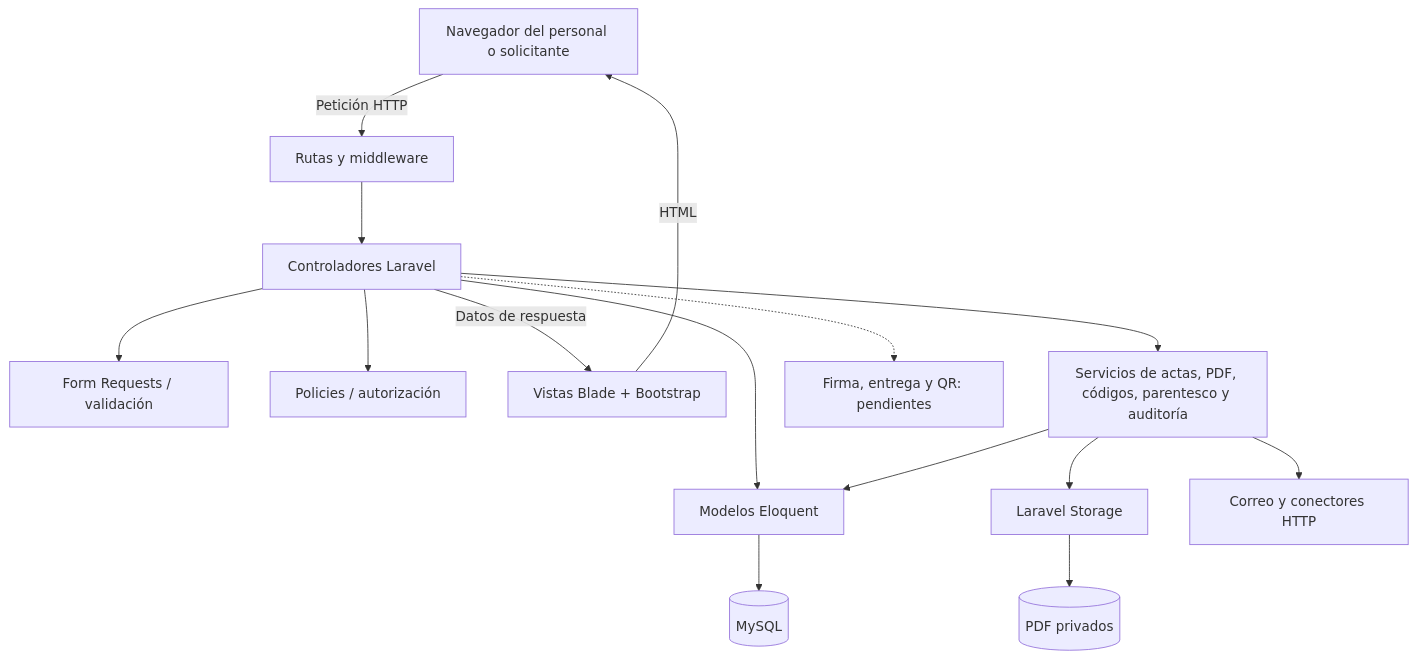
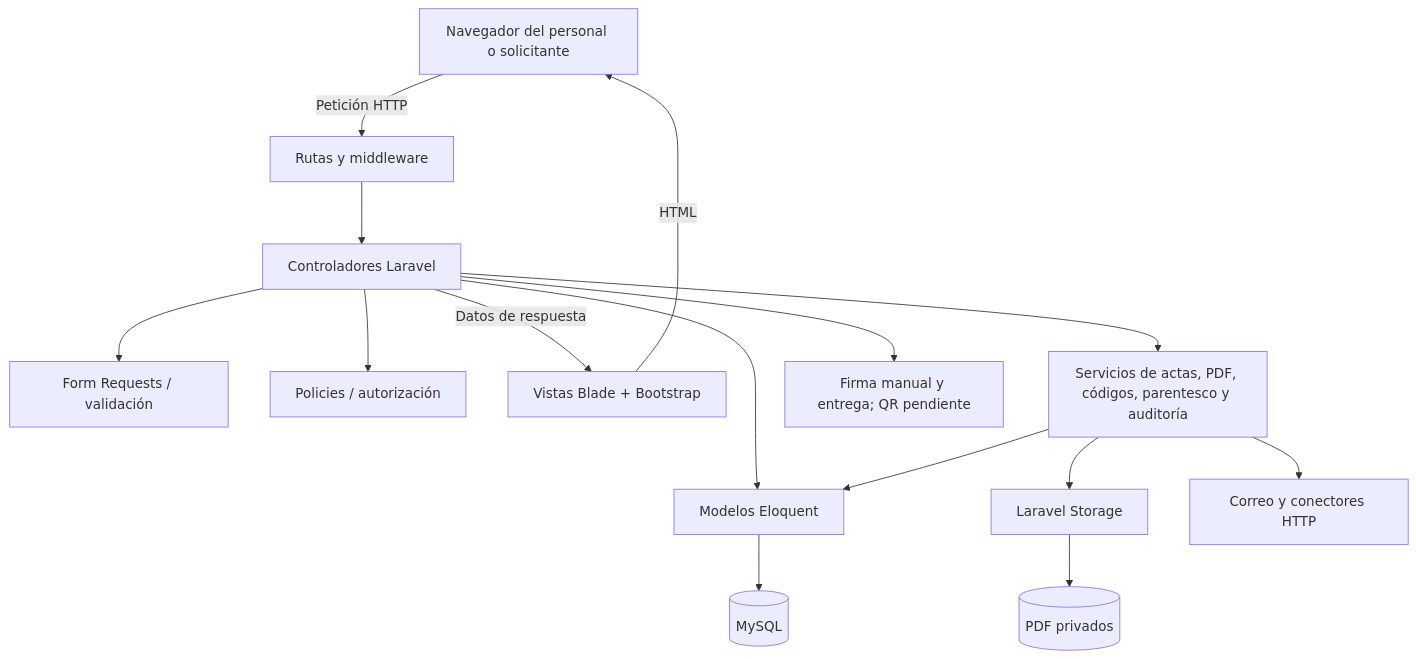
The diagram in arquitectura/enfoque-arquitectonico.md (DeyviQC/RegistroCivil_arquiSoft_Quispe-02), drawn with Mermaid before and after one commit. The commit also changed other lines of this file, not shown here.

````diff
--- a/arquitectura/enfoque-arquitectonico.md
+++ b/arquitectura/enfoque-arquitectonico.md
@@ -20,28 +20,28 @@
 ```mermaid
 flowchart TD
     Navegador["Navegador del personal o solicitante"]
     Rutas["Rutas y middleware"]
     Controlador["Controladores Laravel"]
     Validacion["Form Requests / validación"]
     Politicas["Policies / autorización"]
     Vistas["Vistas Blade + Bootstrap"]
     Servicios["Servicios de actas, PDF, códigos, parentesco y auditoría"]
     Modelos["Modelos Eloquent"]
     Storage["Laravel Storage"]
     Proveedores["Correo y conectores HTTP"]
-    Futuro["Firma, entrega y QR: pendientes"]
+    Futuro["Firma manual y entrega; QR pendiente"]
     Navegador -->|"Petición HTTP"| Rutas
     Rutas --> Controlador
     Controlador --> Validacion
     Controlador --> Politicas
     Controlador --> Servicios
     Controlador --> Modelos
     Controlador -->|"Datos de respuesta"| Vistas
     Vistas -->|"HTML"| Navegador
     Servicios --> Modelos
     Servicios --> Storage
     Servicios --> Proveedores
     Modelos --> MySQL[("MySQL")]
     Storage --> PDF[("PDF privados")]
-    Controlador -.-> Futuro
+    Controlador --> Futuro
 ```
````
